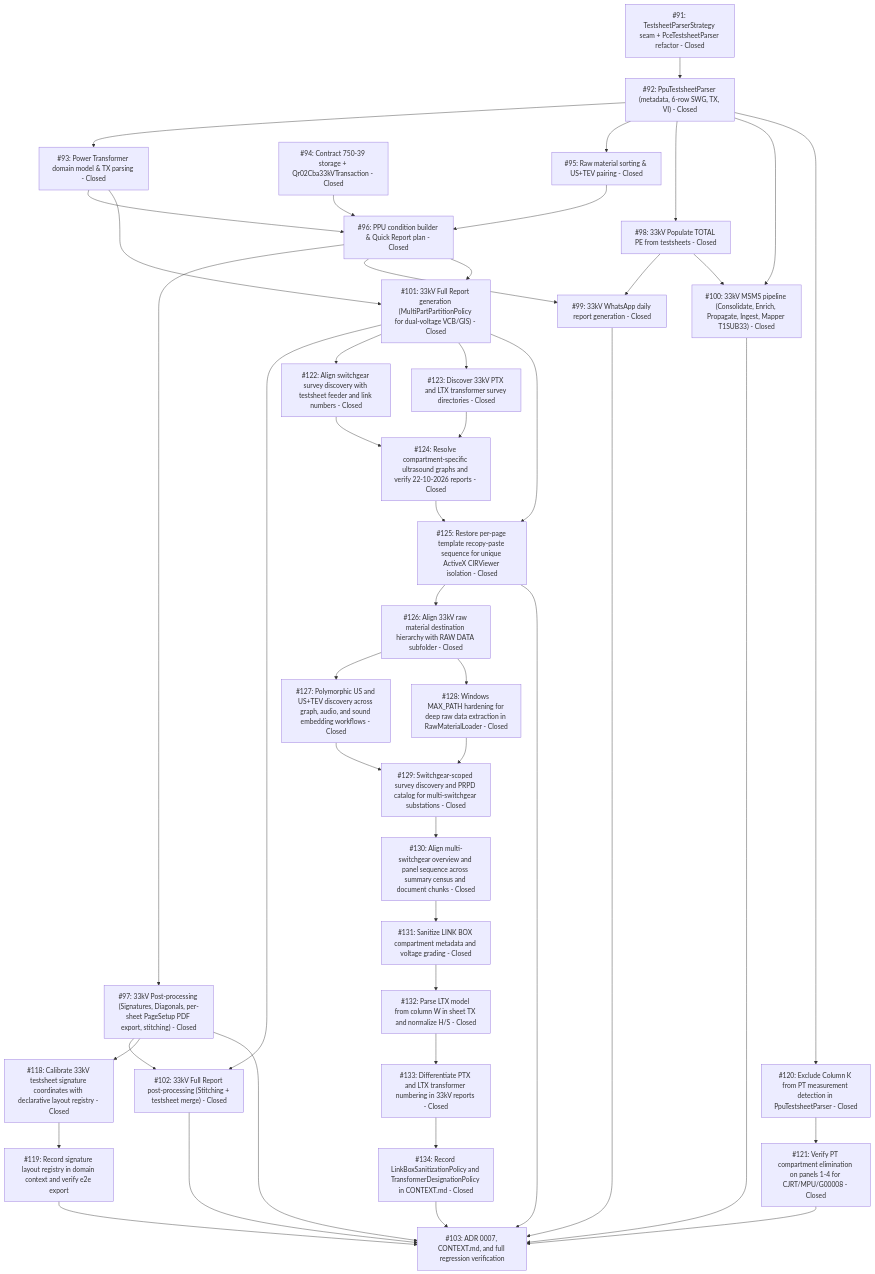
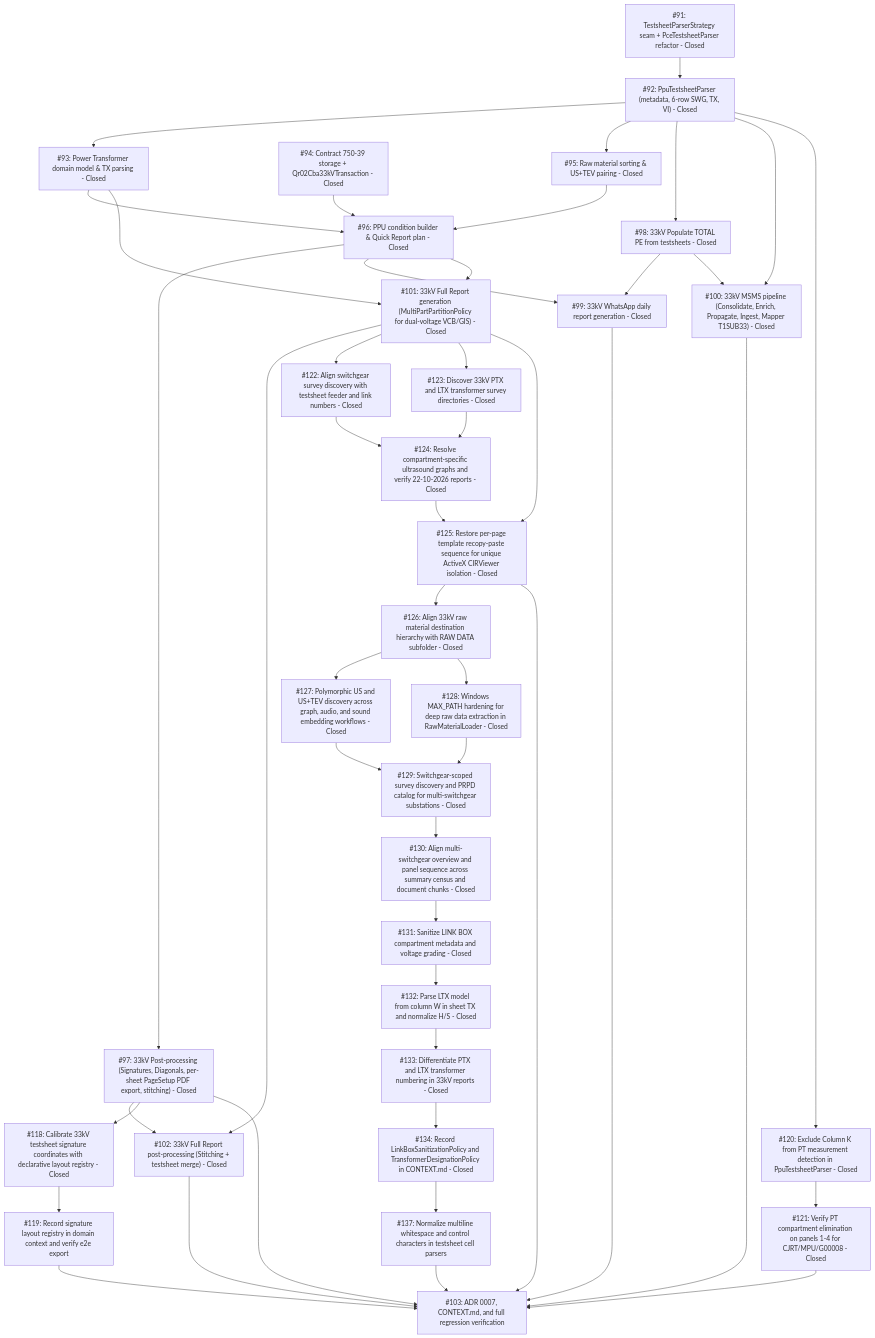
Before and after one commit to adamlarGit/pahang-cli: the diagram in .wayfinder/33kv-system-workflow/map.md, drawn with Mermaid. The commit also changed other lines of this file and 5 other files, not shown here.

Commit message:
fix(testsheet): collapse multiline whitespace and control characters in cell parsing (#137)

````diff
--- a/.wayfinder/33kv-system-workflow/map.md
+++ b/.wayfinder/33kv-system-workflow/map.md
@@ -55,78 +55,80 @@
 ```mermaid
 graph TD
     T91["#91: TestsheetParserStrategy seam + PceTestsheetParser refactor - Closed"]
     T92["#92: PpuTestsheetParser (metadata, 6-row SWG, TX, VI) - Closed"]
     T93["#93: Power Transformer domain model & TX parsing - Closed"]
     T94["#94: Contract 750-39 storage + Qr02Cba33kVTransaction - Closed"]
     T95["#95: Raw material sorting & US+TEV pairing - Closed"]
     T96["#96: PPU condition builder & Quick Report plan - Closed"]
     T97["#97: 33kV Post-processing (Signatures, Diagonals, per-sheet PageSetup PDF export, stitching) - Closed"]
     T98["#98: 33kV Populate TOTAL PE from testsheets - Closed"]
     T99["#99: 33kV WhatsApp daily report generation - Closed"]
     T100["#100: 33kV MSMS pipeline (Consolidate, Enrich, Propagate, Ingest, Mapper T1SUB33) - Closed"]
     T101["#101: 33kV Full Report generation (MultiPartPartitionPolicy for dual-voltage VCB/GIS) - Closed"]
     T102["#102: 33kV Full Report post-processing (Stitching + testsheet merge) - Closed"]
     T118["#118: Calibrate 33kV testsheet signature coordinates with declarative layout registry - Closed"]
     T119["#119: Record signature layout registry in domain context and verify e2e export"]
     T120["#120: Exclude Column K from PT measurement detection in PpuTestsheetParser - Closed"]
     T121["#121: Verify PT compartment elimination on panels 1-4 for CJRT/MPU/G00008 - Closed"]
     T122["#122: Align switchgear survey discovery with testsheet feeder and link numbers - Closed"]
     T123["#123: Discover 33kV PTX and LTX transformer survey directories - Closed"]
     T124["#124: Resolve compartment-specific ultrasound graphs and verify 22-10-2026 reports - Closed"]
     T125["#125: Restore per-page template recopy-paste sequence for unique ActiveX CIRViewer isolation - Closed"]
     T126["#126: Align 33kV raw material destination hierarchy with RAW DATA subfolder - Closed"]
     T127["#127: Polymorphic US and US+TEV discovery across graph, audio, and sound embedding workflows - Closed"]
     T128["#128: Windows MAX_PATH hardening for deep raw data extraction in RawMaterialLoader - Closed"]
     T129["#129: Switchgear-scoped survey discovery and PRPD catalog for multi-switchgear substations - Closed"]
     T130["#130: Align multi-switchgear overview and panel sequence across summary census and document chunks - Closed"]
     T131["#131: Sanitize LINK BOX compartment metadata and voltage grading - Closed"]
     T132["#132: Parse LTX model from column W in sheet TX and normalize H/S - Closed"]
     T133["#133: Differentiate PTX and LTX transformer numbering in 33kV reports - Closed"]
     T134["#134: Record LinkBoxSanitizationPolicy and TransformerDesignationPolicy in CONTEXT.md - Closed"]
+    T137["#137: Normalize multiline whitespace and control characters in testsheet cell parsers"]
     T103["#103: ADR 0007, CONTEXT.md, and full regression verification"]
 
     T91 --> T92
     T92 --> T93
     T92 --> T95
     T92 --> T98
     T94 --> T96
     T93 --> T96
     T95 --> T96
     T96 --> T97
     T96 --> T99
     T98 --> T99
     T98 --> T100
     T92 --> T100
     T93 --> T101
     T96 --> T101
     T97 --> T102
     T101 --> T102
     T97 --> T118
     T118 --> T119
     T119 --> T103
     T92 --> T120
     T120 --> T121
     T121 --> T103
     T101 --> T122
     T101 --> T123
     T122 --> T124
     T123 --> T124
     T124 --> T125
     T125 --> T126
     T126 --> T127
     T126 --> T128
     T127 --> T129
     T128 --> T129
     T129 --> T130
     T130 --> T131
     T131 --> T132
     T132 --> T133
     T133 --> T134
-    T134 --> T103
+    T134 --> T137
+    T137 --> T103
     T101 --> T125
     T125 --> T103
     T97 --> T103
     T99 --> T103
     T100 --> T103
     T102 --> T103
 ```
````
